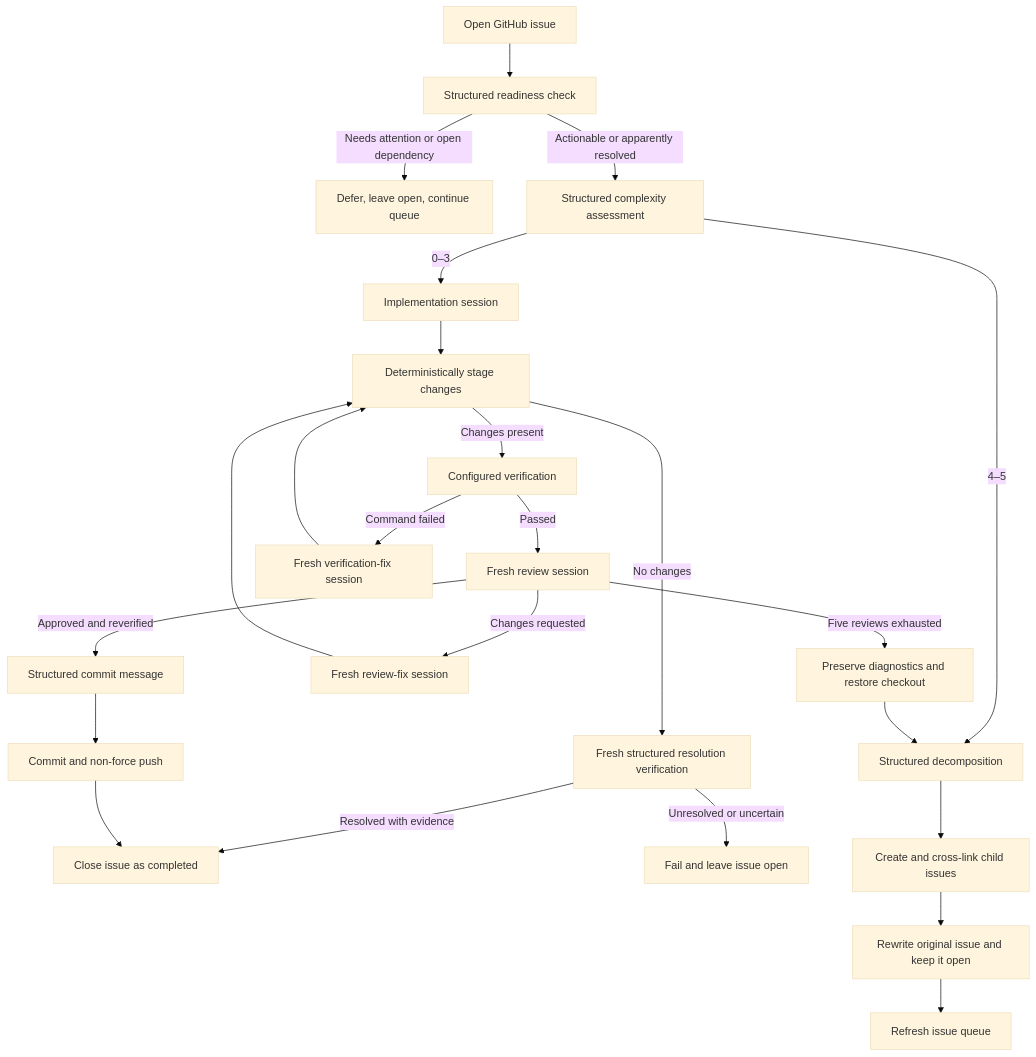
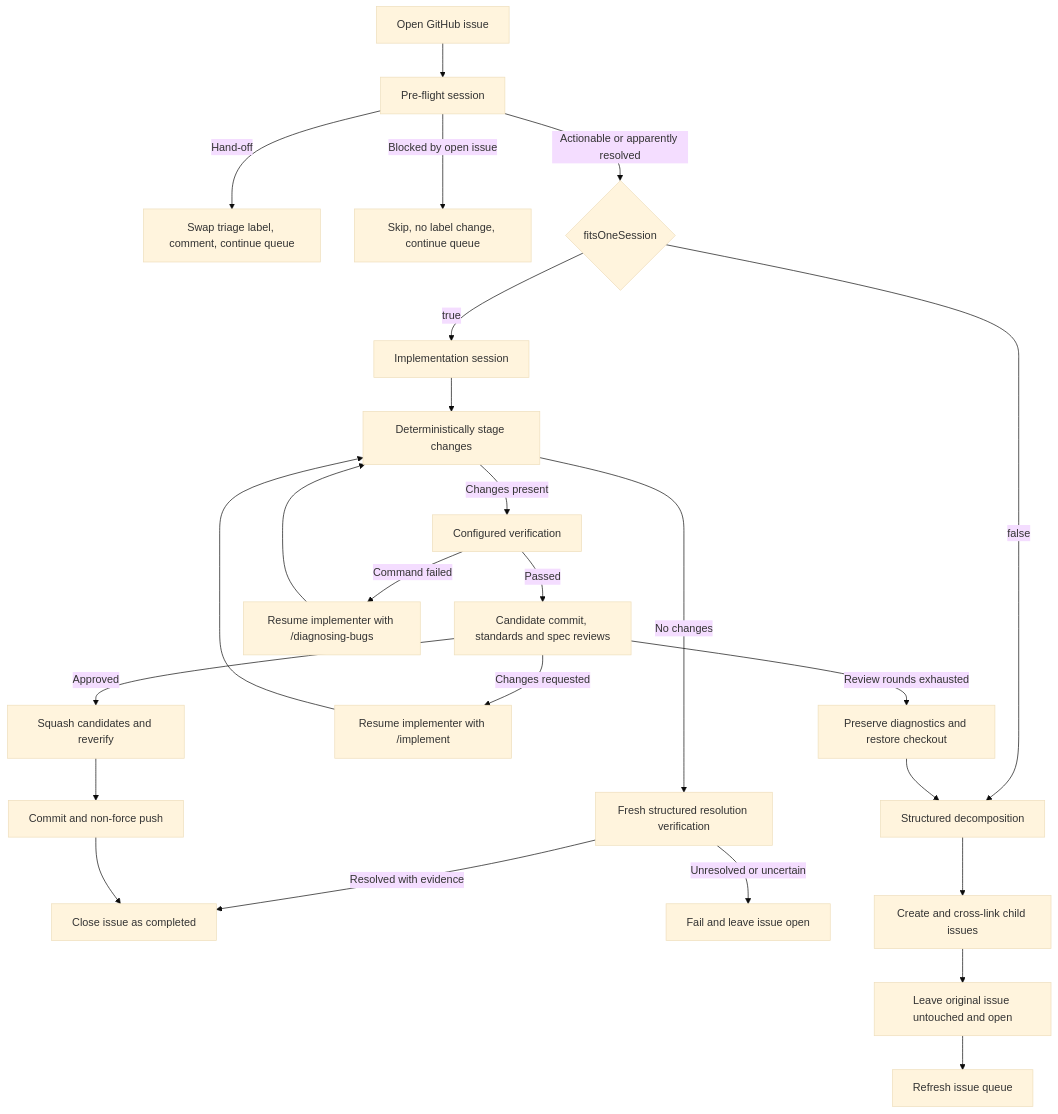
The first of 3 diagrams in docs/workflows.md (beremaran/ralphie), drawn with Mermaid (base theme) before and after one commit. The commit also changed other lines of this file and 253 other files, not shown here.

````diff
--- a/docs/workflows.md
+++ b/docs/workflows.md
@@ -24,26 +67,27 @@
 ```mermaid
 flowchart TD
-    A[Open GitHub issue] --> Z[Structured readiness check]
-    Z -->|Needs attention or open dependency| Y[Defer, leave open, continue queue]
-    Z -->|Actionable or apparently resolved| B[Structured complexity assessment]
-    B -->|0–3| C[Implementation session]
+    A[Open GitHub issue] --> Z[Pre-flight session]
+    Z -->|Hand-off| Y[Swap triage label, comment, continue queue]
+    Z -->|Blocked by open issue| W[Skip, no label change, continue queue]
+    Z -->|Actionable or apparently resolved| B{fitsOneSession}
+    B -->|true| C[Implementation session]
     C --> D[Deterministically stage changes]
     D -->|Changes present| V[Configured verification]
-    V -->|Passed| E[Fresh review session]
-    V -->|Command failed| R[Fresh verification-fix session]
+    V -->|Passed| E[Candidate commit, standards and spec reviews]
+    V -->|Command failed| R[Resume implementer with /diagnosing-bugs]
     R --> D
     D -->|No changes| N[Fresh structured resolution verification]
     N -->|Resolved with evidence| O[Close issue as completed]
     N -->|Unresolved or uncertain| P[Fail and leave issue open]
-    E -->|Approved and reverified| F[Structured commit message]
-    E -->|Changes requested| G[Fresh review-fix session]
+    E -->|Approved| F[Squash candidates and reverify]
+    E -->|Changes requested| G[Resume implementer with /implement]
     G --> D
-    E -->|Five reviews exhausted| H[Preserve diagnostics and restore checkout]
-    B -->|4–5| I[Structured decomposition]
+    E -->|Review rounds exhausted| H[Preserve diagnostics and restore checkout]
+    B -->|false| I[Structured decomposition]
     H --> I
     I --> J[Create and cross-link child issues]
-    J --> K[Rewrite original issue and keep it open]
+    J --> K[Leave original issue untouched and open]
     K --> L[Refresh issue queue]
     F --> M[Commit and non-force push]
     M --> O
 ```
````
